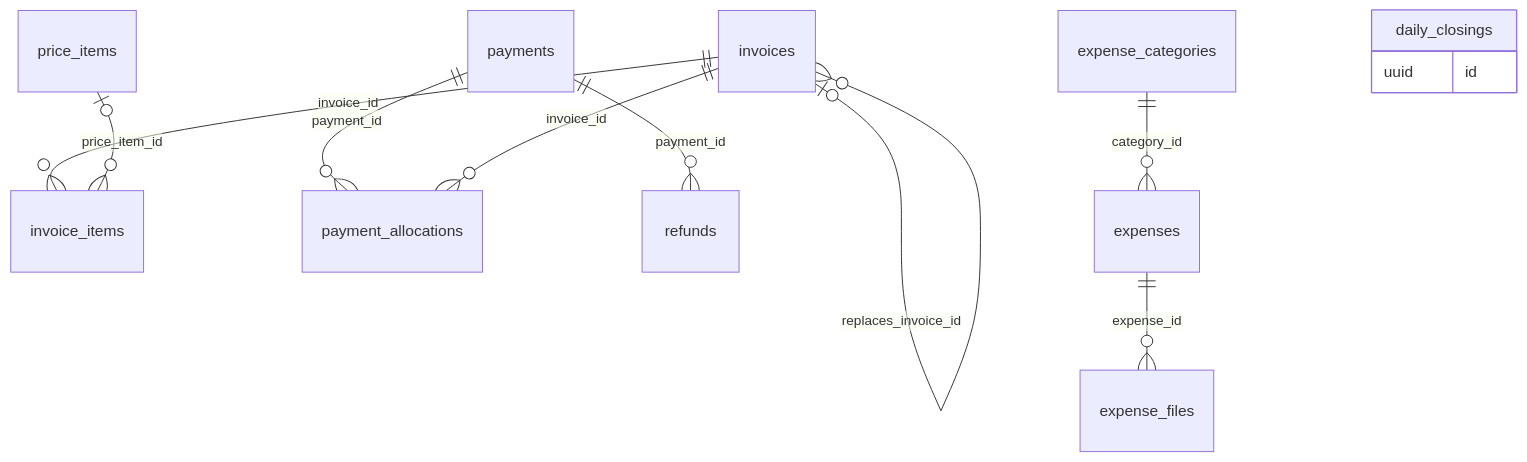
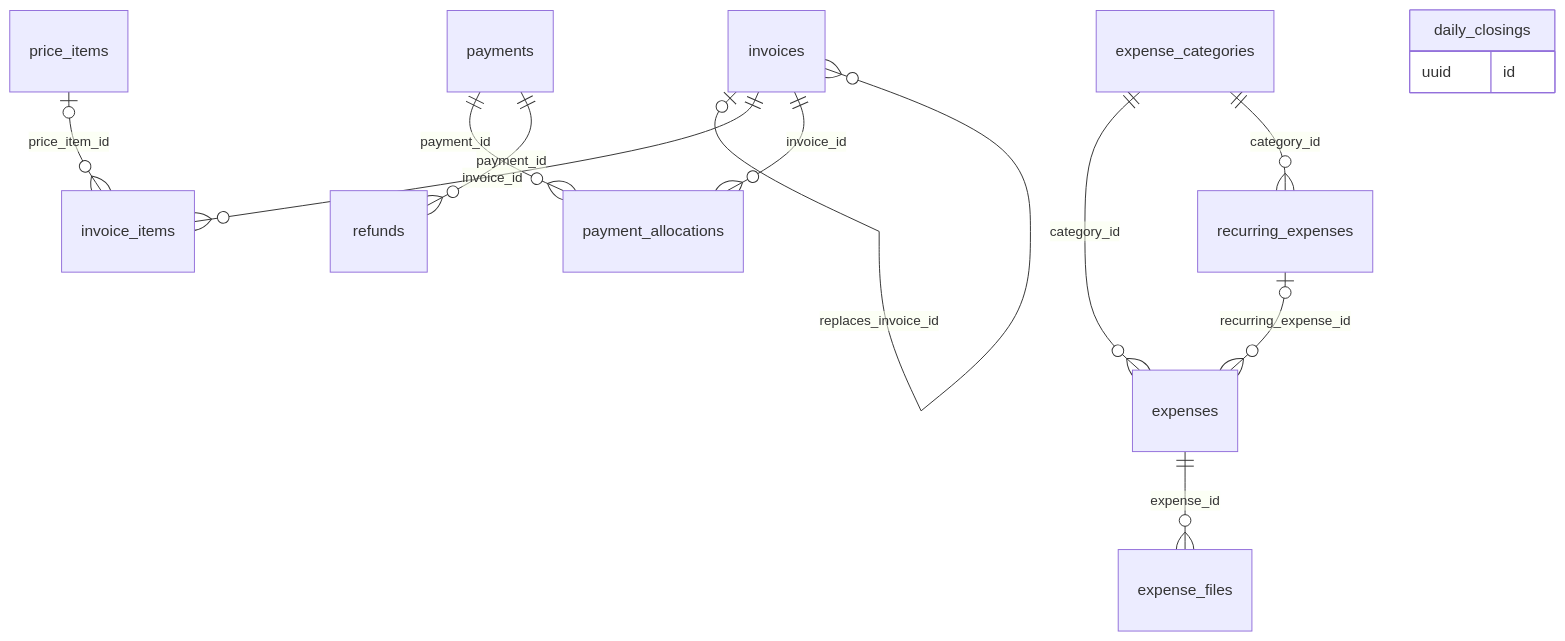
The ninth of 13 diagrams in docs/database.md (sakalyatechnologies/aarogyam), drawn with Mermaid before and after one commit. The commit also changed other lines of this file and 48 other files, not shown here.

First line of the commit message:
Expenses: recurring rules for rent, salaries and the like

````diff
--- a/docs/database.md
+++ b/docs/database.md
@@ -2406,14 +2406,16 @@
 ```mermaid
 erDiagram
   invoices |o--o{ invoices : "replaces_invoice_id"
   invoices ||--o{ invoice_items : "invoice_id"
   price_items |o--o{ invoice_items : "price_item_id"
   payments ||--o{ payment_allocations : "payment_id"
   invoices ||--o{ payment_allocations : "invoice_id"
   payments ||--o{ refunds : "payment_id"
   expense_categories ||--o{ expenses : "category_id"
+  recurring_expenses |o--o{ expenses : "recurring_expense_id"
   expenses ||--o{ expense_files : "expense_id"
+  expense_categories ||--o{ recurring_expenses : "category_id"
   daily_closings {
     uuid id
   }
 ```
````
